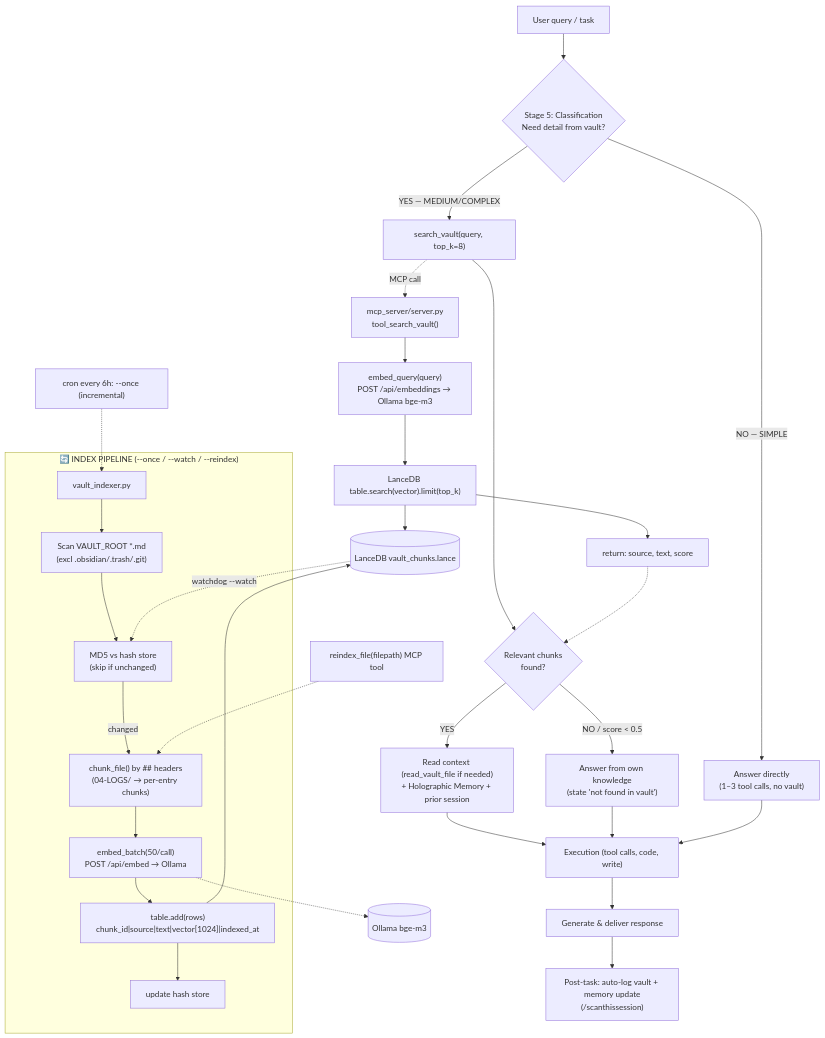
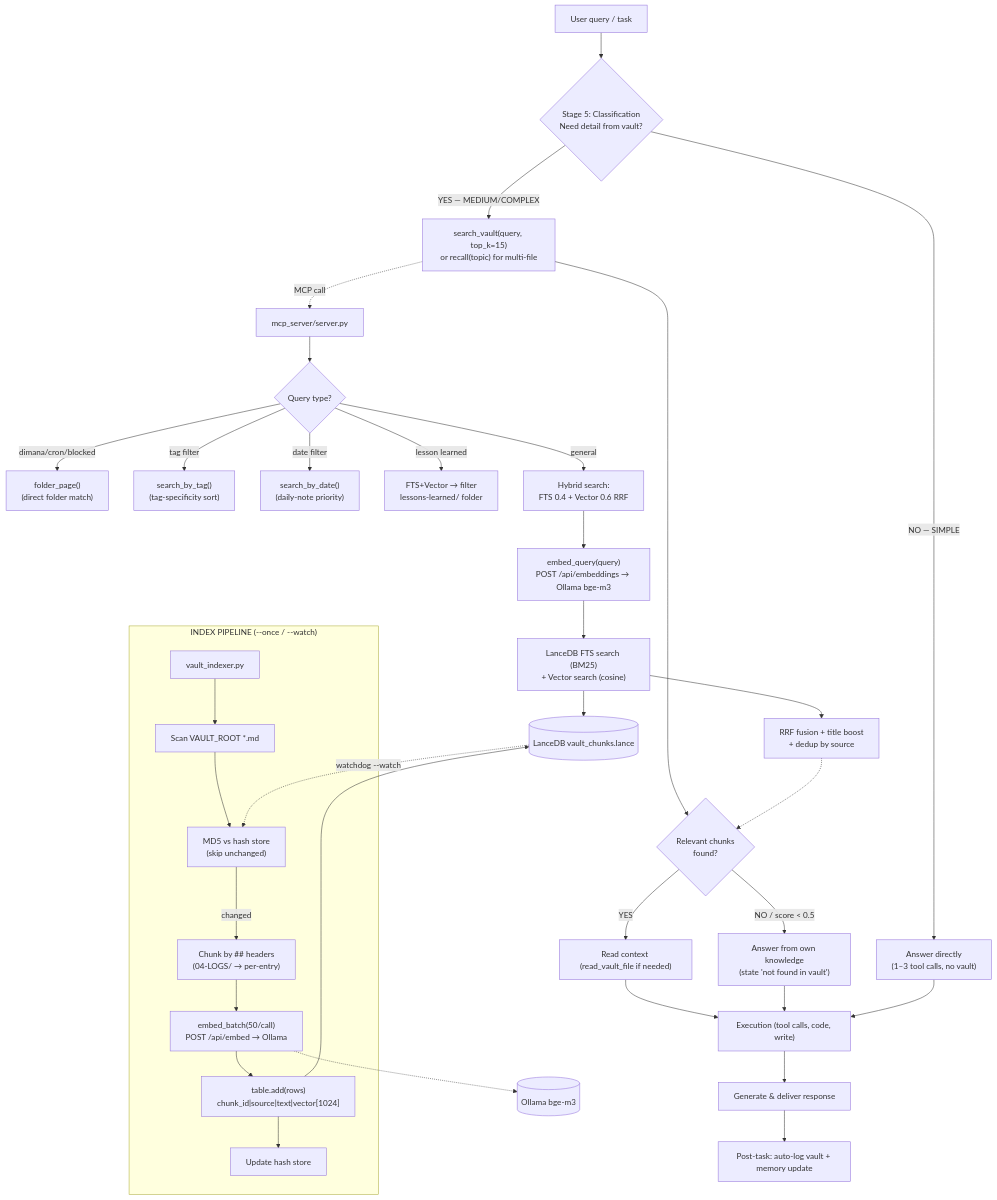
Before and after one commit to brodewa369/roowet-semantic-vault-search: the diagram in README.md, drawn with Mermaid. The commit also changed other lines of this file, not shown here.

````diff
--- a/README.md
+++ b/README.md
@@ -167,41 +154,42 @@
 ```mermaid
 flowchart TD
-    %% ===== STAGE 5 CLASSIFICATION (agent detects need first) =====
     S1["User query / task"] --> S5{"Stage 5: Classification<br/>Need detail from vault?"}
     S5 -->|NO — SIMPLE| S5a["Answer directly<br/>(1–3 tool calls, no vault)"]
-    S5 -->|YES — MEDIUM/COMPLEX| S5b["search_vault(query, top_k=8)"]
+    S5 -->|YES — MEDIUM/COMPLEX| S5b["search_vault(query, top_k=15)<br/>or recall(topic) for multi-file"]
 
     S5b --> S5c{"Relevant chunks<br/>found?"}
-    S5c -->|YES| S5d["Read context (read_vault_file if needed)<br/>+ Holographic Memory + prior session"]
+    S5c -->|YES| S5d["Read context (read_vault_file if needed)"]
     S5c -->|NO / score < 0.5| S5e["Answer from own knowledge<br/>(state 'not found in vault')"]
     S5d --> S6["Execution (tool calls, code, write)"]
     S5e --> S6
     S5a --> S6
     S6 --> S7["Generate & deliver response"]
-    S7 --> S8["Post-task: auto-log vault + memory update<br/>(/scanthissession)"]
+    S7 --> S8["Post-task: auto-log vault + memory update"]
 
-    %% ===== QUERY MECHANISM =====
-    S5b -.->|MCP call| Q1["mcp_server/server.py<br/>tool_search_vault()"]
-    Q1 --> Q2["embed_query(query)<br/>POST /api/embeddings → Ollama bge-m3"]
-    Q2 --> Q3["LanceDB table.search(vector).limit(top_k)"]
-    Q3 --> Q4["return: source, text, score"]
+    S5b -.->|MCP call| Q1["mcp_server/server.py"]
+    Q1 --> Q1a{"Query type?"}
+    Q1a -->|"dimana/cron/blocked"| Q1b["folder_page()<br/>(direct folder match)"]
+    Q1a -->|"tag filter"| Q1c["search_by_tag()<br/>(tag-specificity sort)"]
+    Q1a -->|"date filter"| Q1d["search_by_date()<br/>(daily-note priority)"]
+    Q1a -->|"lesson learned"| Q1e["FTS+Vector → filter<br/>lessons-learned/ folder"]
+    Q1a -->|"general"| Q1f["Hybrid search:<br/>FTS 0.4 + Vector 0.6 RRF"]
+
+    Q1f --> Q2["embed_query(query)<br/>POST /api/embeddings → Ollama bge-m3"]
+    Q2 --> Q3["LanceDB FTS search (BM25)<br/>+ Vector search (cosine)"]
+    Q3 --> Q4["RRF fusion + title boost<br/>+ dedup by source"]
     Q4 -.-> S5c
 
-    %% ===== INDEX PIPELINE =====
-    subgraph IDX["🔄 INDEX PIPELINE (--once / --watch / --reindex)"]
-        I1["vault_indexer.py"] --> I2["Scan VAULT_ROOT *.md<br/>(excl .obsidian/.trash/.git)"]
-        I2 --> I3["MD5 vs hash store<br/>(skip if unchanged)"]
-        I3 -->|changed| I4["chunk_file() by ## headers<br/>(04-LOGS/ → per-entry chunks)"]
+    subgraph IDX["INDEX PIPELINE (--once / --watch)"]
+        I1["vault_indexer.py"] --> I2["Scan VAULT_ROOT *.md"]
+        I2 --> I3["MD5 vs hash store<br/>(skip unchanged)"]
+        I3 -->|changed| I4["Chunk by ## headers<br/>(04-LOGS/ → per-entry)"]
         I4 --> I5["embed_batch(50/call)<br/>POST /api/embed → Ollama"]
-        I5 --> I6["table.add(rows)<br/>chunk_id|source|text|vector[1024]|indexed_at"]
-        I6 --> I7["update hash store"]
+        I5 --> I6["table.add(rows)<br/>chunk_id|source|text|vector[1024]"]
+        I6 --> I7["Update hash store"]
     end
+
     I5 -.-> OLLAMA[(Ollama bge-m3)]
     I6 --> LANCE[(LanceDB vault_chunks.lance)]
     Q3 --> LANCE
     LANCE -.->|watchdog --watch| I3
-
-    %% ===== MAINTENANCE =====
-    M1["cron every 6h: --once (incremental)"] -.-> I1
-    M2["reindex_file(filepath) MCP tool"] -.-> I4
 ```
````
